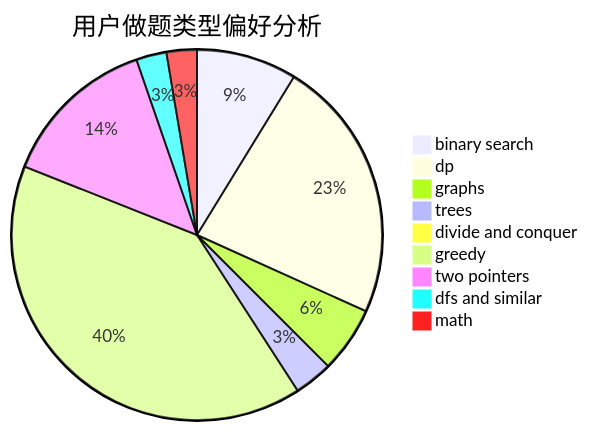
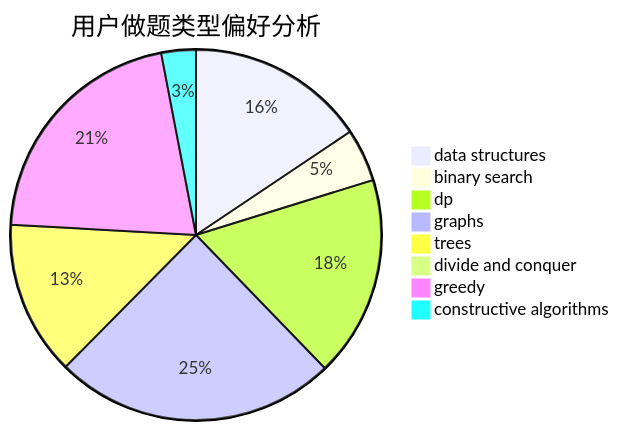
One commit to sherpahu/cfrs.github.io changed the second of 3 diagrams in docs/user/u104.md. Above: the diagram before and after it, drawn with Mermaid. The commit also changed other lines of this file and 2775 other files, not shown here.

````diff
--- a/docs/user/u104.md
+++ b/docs/user/u104.md
@@ -23,12 +23,11 @@
 ```mermaid
 pie title 用户做题类型偏好分析
-    "binary search" :  245
-    "dp" :  643
-    "graphs" :  161
-    "trees" :  94
-    "divide and conquer" :  4
-    "greedy" :  1123
-    "two pointers" :  383
-    "dfs and similar" :  74
-    "math" :  74
+    "data structures" :  88
+    "binary search" :  26
+    "dp" :  99
+    "graphs" :  139
+    "trees" :  76
+    "divide and conquer" :  0
+    "greedy" :  119
+    "constructive algorithms" :  17
 ```
````
